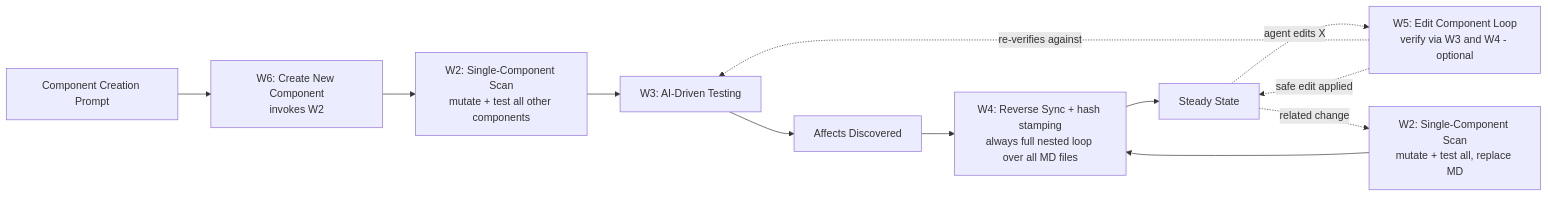
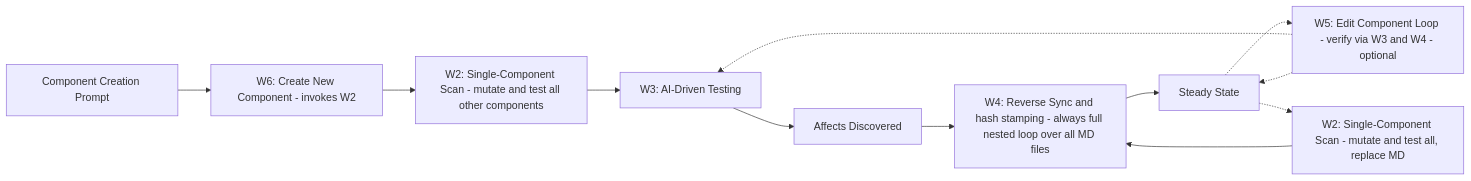
The diagram in README.md (Fady1Hany/A-proposal-for-a-per-component-documentation-layer-V2-workflow-based-), drawn with Mermaid before and after one commit.

Commit message:
Revise flowchart components and connections
Updated flowchart in README.md for clarity and consistency.

````diff
--- a/README.md
+++ b/README.md
@@ -70,16 +70,26 @@
 ```mermaid
 flowchart LR
-    A[Component Creation Prompt] --> W6[W6: Create New Component<br/>invokes W2]
-    W6 --> B[W2: Single-Component Scan<br/>mutate + test all other components]
-    B --> C[W3: AI-Driven Testing]
-    C --> D[Affects Discovered]
-    D --> E[W4: Reverse Sync + hash stamping<br/>always full nested loop over all MD files]
-    E --> F[Steady State]
+    A["Component Creation Prompt"]
+    W6["W6: Create New Component - invokes W2"]
+    B["W2: Single-Component Scan - mutate and test all other components"]
+    C["W3: AI-Driven Testing"]
+    D["Affects Discovered"]
+    E["W4: Reverse Sync and hash stamping - always full nested loop over all MD files"]
+    F["Steady State"]
+    W5["W5: Edit Component Loop - verify via W3 and W4 - optional"]
+    B2["W2: Single-Component Scan - mutate and test all, replace MD"]
 
-    F -.->|agent edits X| W5[W5: Edit Component Loop<br/>verify via W3 and W4 - optional]
-    W5 -.->|re-verifies against| C
-    W5 -.->|safe edit applied| F
+    A --> W6
+    W6 --> B
+    B --> C
+    C --> D
+    D --> E
+    E --> F
 
-    F -.->|related change| B2[W2: Single-Component Scan<br/>mutate + test all, replace MD]
+    F -.-> W5
+    W5 -.-> C
+    W5 -.-> F
+
+    F -.-> B2
     B2 --> E
 ```
````
